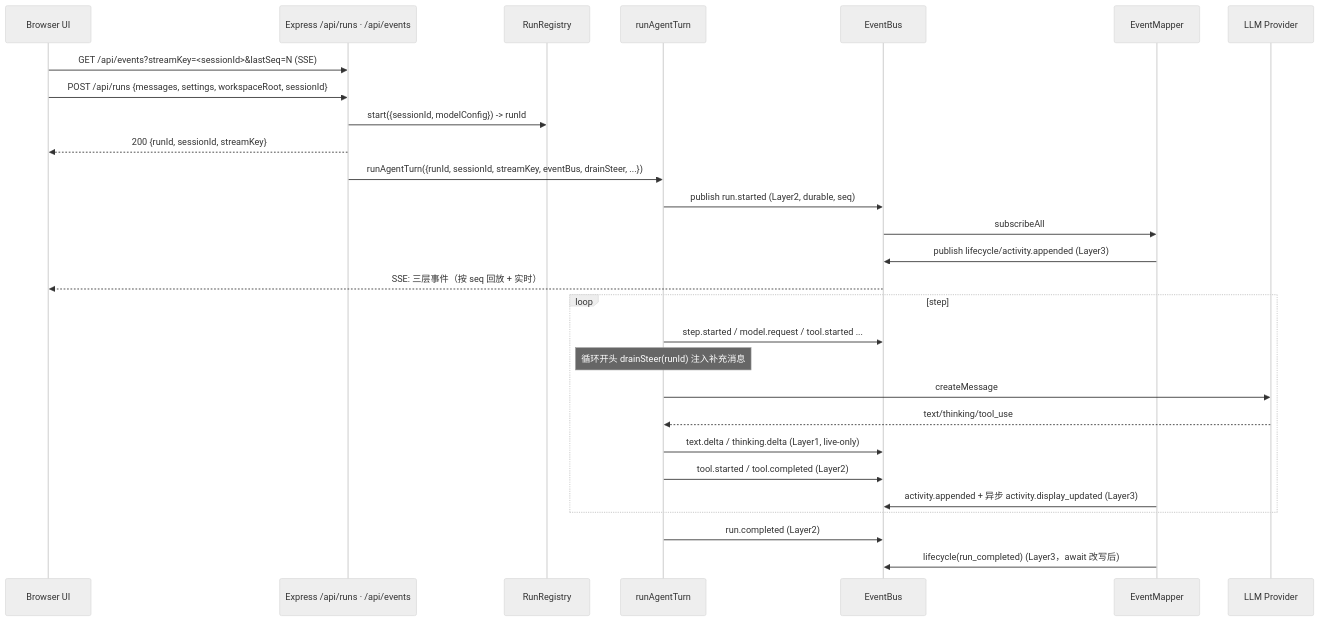
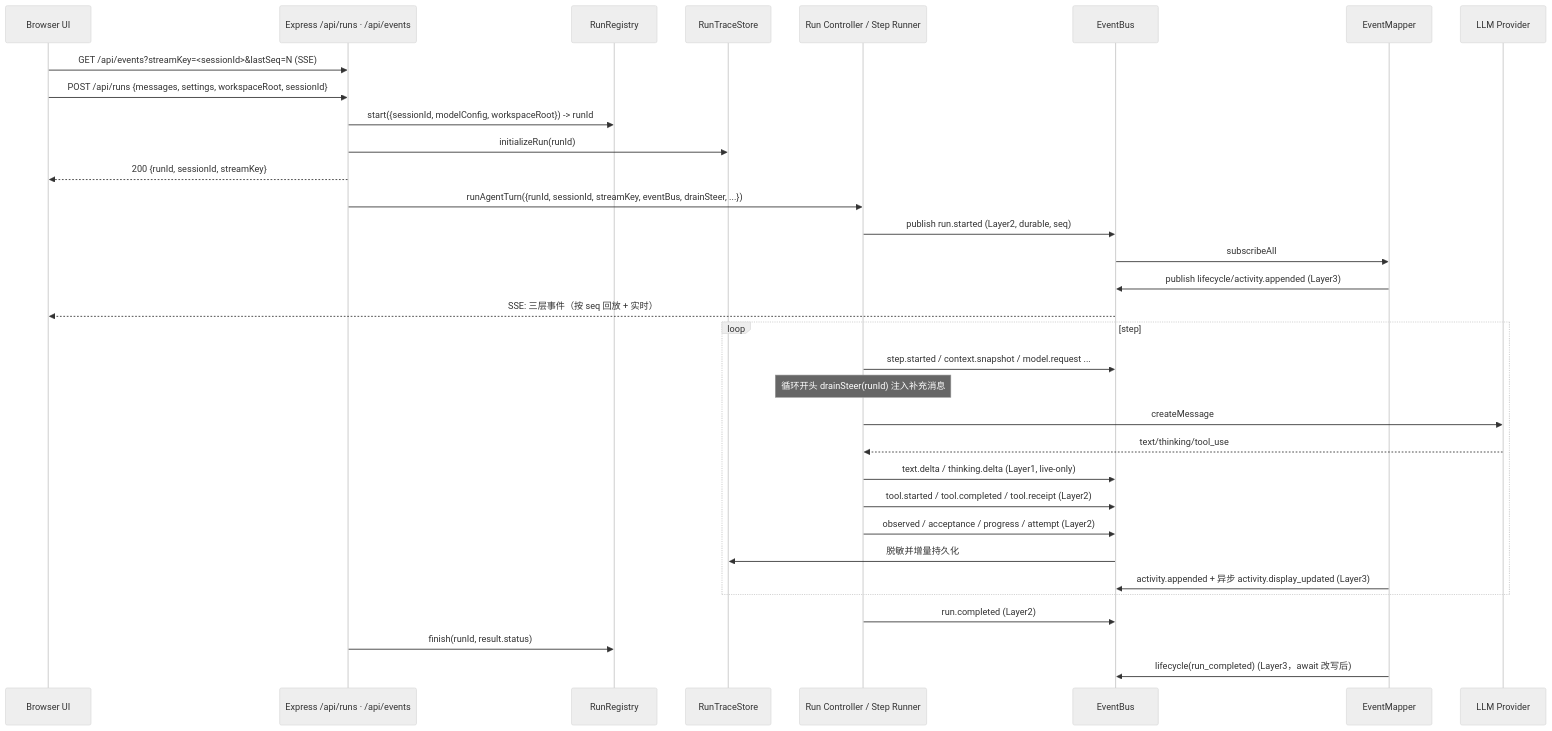
One commit to Carri1Sun/Ranni changed the second of 2 diagrams in docs/tech/v1-architecture/runtime-architecture.md. Above: the diagram before and after it, drawn with Mermaid (neutral theme). The commit also changed other lines of this file and 74 other files, not shown here.

````diff
--- a/docs/tech/v1-architecture/runtime-architecture.md
+++ b/docs/tech/v1-architecture/runtime-architecture.md
@@ -53,31 +60,36 @@
 ```mermaid
 sequenceDiagram
   participant UI as Browser UI
   participant API as Express /api/runs · /api/events
   participant Reg as RunRegistry
-  participant Agent as runAgentTurn
+  participant Trace as RunTraceStore
+  participant Agent as Run Controller / Step Runner
   participant Bus as EventBus
   participant Mapper as EventMapper
   participant Model as LLM Provider
 
   UI->>API: GET /api/events?streamKey=<sessionId>&lastSeq=N (SSE)
   UI->>API: POST /api/runs {messages, settings, workspaceRoot, sessionId}
-  API->>Reg: start({sessionId, modelConfig}) -> runId
+  API->>Reg: start({sessionId, modelConfig, workspaceRoot}) -> runId
+  API->>Trace: initializeRun(runId)
   API-->>UI: 200 {runId, sessionId, streamKey}
   API->>Agent: runAgentTurn({runId, sessionId, streamKey, eventBus, drainSteer, ...})
   Agent->>Bus: publish run.started (Layer2, durable, seq)
   Bus->>Mapper: subscribeAll
   Mapper->>Bus: publish lifecycle/activity.appended (Layer3)
   Bus-->>UI: SSE: 三层事件（按 seq 回放 + 实时）
   loop step
-    Agent->>Bus: step.started / model.request / tool.started ...
+    Agent->>Bus: step.started / context.snapshot / model.request ...
     Note over Agent: 循环开头 drainSteer(runId) 注入补充消息
     Agent->>Model: createMessage
     Model-->>Agent: text/thinking/tool_use
     Agent->>Bus: text.delta / thinking.delta (Layer1, live-only)
-    Agent->>Bus: tool.started / tool.completed (Layer2)
+    Agent->>Bus: tool.started / tool.completed / tool.receipt (Layer2)
+    Agent->>Bus: observed / acceptance / progress / attempt (Layer2)
+    Bus->>Trace: 脱敏并增量持久化
     Mapper->>Bus: activity.appended + 异步 activity.display_updated (Layer3)
   end
   Agent->>Bus: run.completed (Layer2)
+  API->>Reg: finish(runId, result.status)
   Mapper->>Bus: lifecycle(run_completed) (Layer3，await 改写后)
 ```
````
